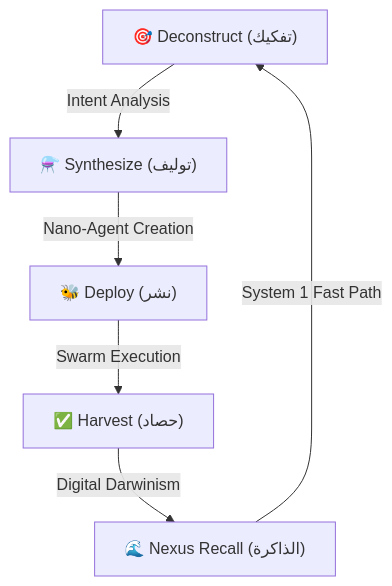
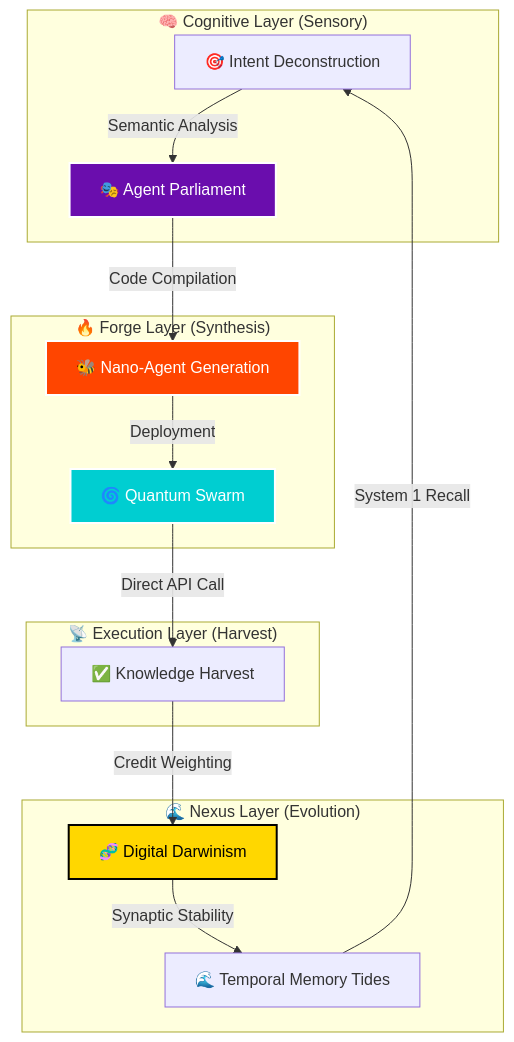
Before and after one commit to Moeabdelaziz007/AetherOS: the diagram in README.md, drawn with Mermaid. The commit also changed other lines of this file and 3 other files, not shown here.

````diff
--- a/README.md
+++ b/README.md
@@ -27,8 +58,26 @@
 ```mermaid
 graph TD
-    A["🎯 Deconstruct (تفكيك)"] -->|Intent Analysis| B["⚗️ Synthesize (توليف)"]
-    B -->|Nano-Agent Creation| C["🐝 Deploy (نشر)"]
-    C -->|Swarm Execution| D["✅ Harvest (حصاد)"]
-    D -->|Digital Darwinism| E["🌊 Nexus Recall (الذاكرة)"]
-    E -->|System 1 Fast Path| A
+    subgraph "🧠 Cognitive Layer (Sensory)"
+    A["🎯 Intent Deconstruction"] -->|Semantic Analysis| B["🎭 Agent Parliament"]
+    end
+
+    subgraph "🔥 Forge Layer (Synthesis)"
+    B -->|Code Compilation| C["🐝 Nano-Agent Generation"]
+    C -->|Deployment| D["🌀 Quantum Swarm"]
+    end
+
+    subgraph "📡 Execution Layer (Harvest)"
+    D -->|Direct API Call| E["✅ Knowledge Harvest"]
+    end
+
+    subgraph "🌊 Nexus Layer (Evolution)"
+    E -->|Credit Weighting| F["🧬 Digital Darwinism"]
+    F -->|Synaptic Stability| G["🌊 Temporal Memory Tides"]
+    G -->|System 1 Recall| A
+    end
+
+    style B fill:#6a0dad,stroke:#fff,stroke-width:2px,color:#fff
+    style C fill:#ff4500,stroke:#fff,stroke-width:2px,color:#fff
+    style D fill:#00ced1,stroke:#fff,stroke-width:2px,color:#fff
+    style F fill:#ffd700,stroke:#000,stroke-width:2px,color:#000
 ```
````
